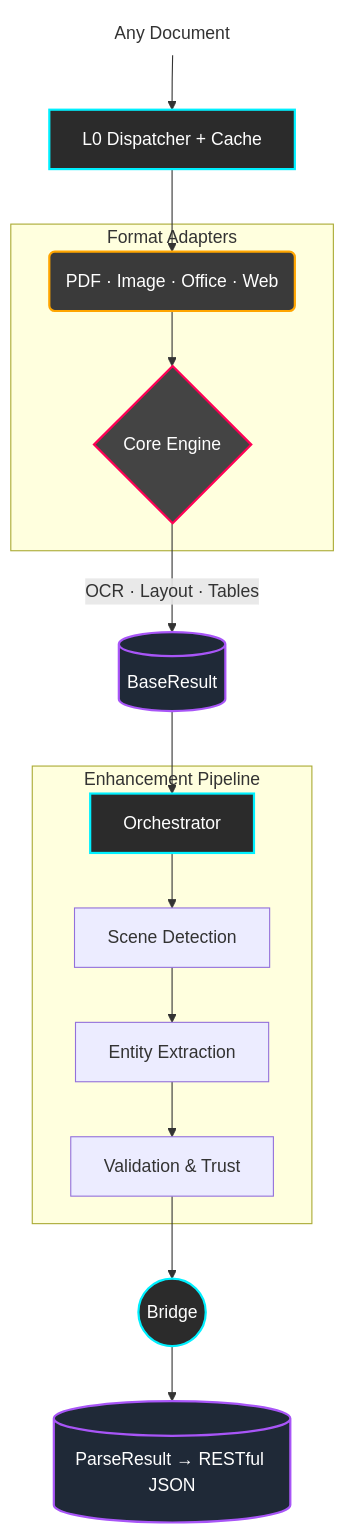
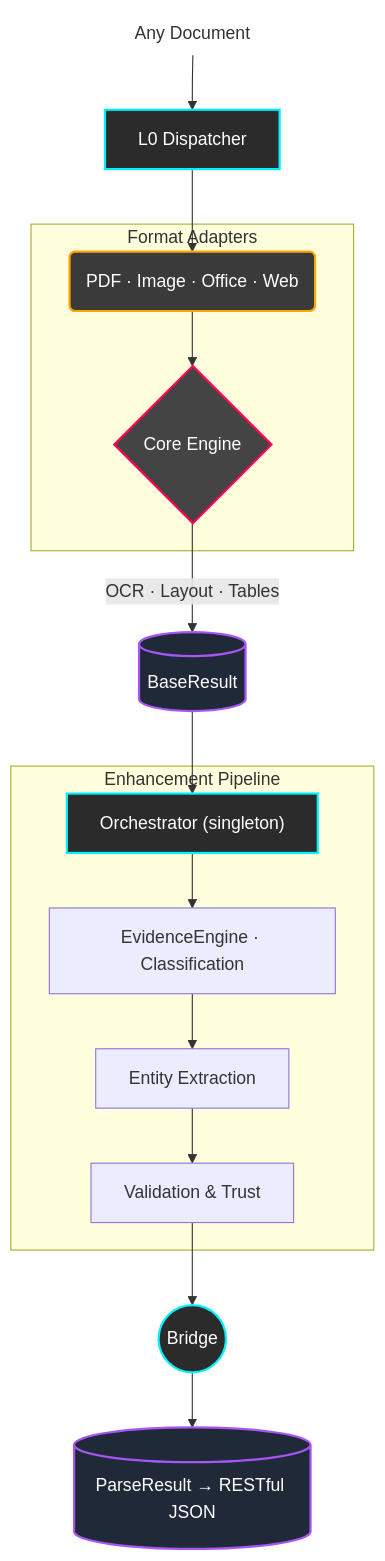
Before and after one commit to valuemapglobal/DocMirror: the diagram in README.md, drawn with Mermaid. The commit also changed other lines of this file and 26 other files, not shown here.

````diff
--- a/README.md
+++ b/README.md
@@ -124,29 +123,29 @@
 ```mermaid
 graph TD
     classDef orchestrator fill:#2b2b2b,stroke:#00f0ff,stroke-width:2px,color:#fff
     classDef adapter fill:#3a3a3a,stroke:#ffa500,stroke-width:2px,color:#fff
     classDef core fill:#444,stroke:#ff0055,stroke-width:2px,color:#fff
     classDef data fill:#1f2937,stroke:#a855f7,stroke-width:2px,color:#fff
     classDef none fill:none,stroke:none
 
     FILE[[Any Document]]:::none --> DISPATCH
 
-    DISPATCH["L0 Dispatcher + Cache"]:::orchestrator --> ADAPTERS
+    DISPATCH["L0 Dispatcher"]:::orchestrator --> ADAPTERS
 
     subgraph "Format Adapters"
         ADAPTERS("PDF · Image · Office · Web"):::adapter --> CORE{"Core Engine"}:::core
     end
 
     CORE --> |"OCR · Layout · Tables"| BASERESULT[(BaseResult)]:::data
 
     BASERESULT --> ORCHESTRATOR
 
     subgraph "Enhancement Pipeline"
-        ORCHESTRATOR["Orchestrator"]:::orchestrator --> MW1["Scene Detection"]
+        ORCHESTRATOR["Orchestrator (singleton)"]:::orchestrator --> MW1["EvidenceEngine · Classification"]
         MW1 --> MW2["Entity Extraction"]
         MW2 --> MW3["Validation & Trust"]
     end
 
     MW3 --> BRIDGE(("Bridge")):::orchestrator
     BRIDGE --> PR[("ParseResult → RESTful JSON")]:::data
 ```
````
